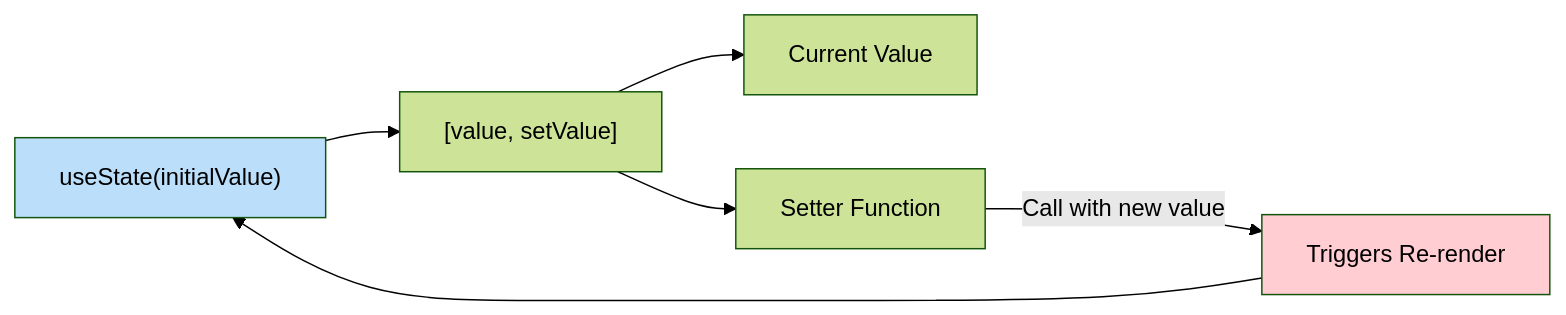
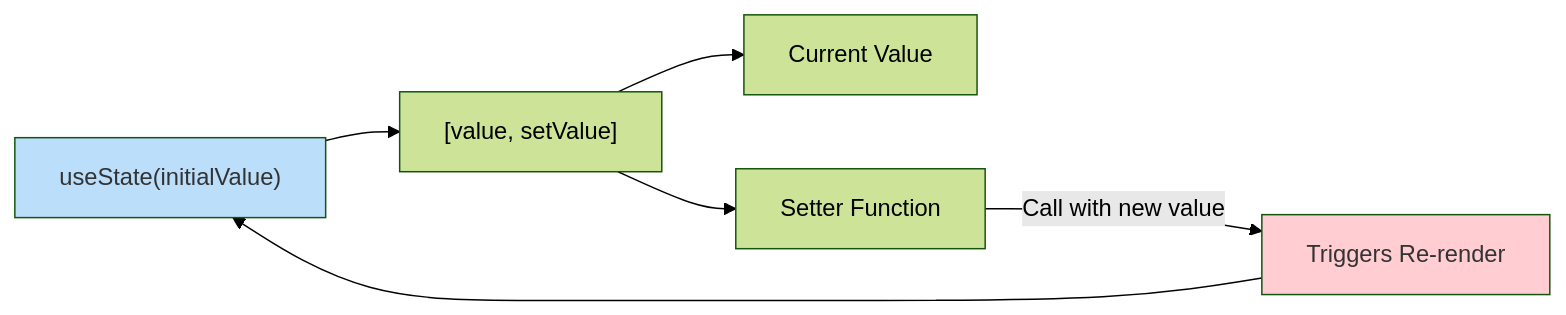
One commit to pentoshi007/cohort-mine changed the eighth of 13 diagrams in 09-week-9/9.3-react-9.4-basics/README.md. Above: the diagram before and after it, drawn with Mermaid (forest theme). The commit also changed other lines of this file, not shown here.

Commit message:
fix: Improve Mermaid diagram visibility with dark text colors and update date

````diff
--- a/09-week-9/9.3-react-9.4-basics/README.md
+++ b/09-week-9/9.3-react-9.4-basics/README.md
@@ -350,11 +350,11 @@
 ```mermaid
 flowchart LR
     A["useState(initialValue)"] --> B["[value, setValue]"]
     B --> C["Current Value"]
     B --> D["Setter Function"]
     D -->|"Call with new value"| E["Triggers Re-render"]
     E --> A
     
-    style A fill:#bbdefb
-    style E fill:#ffcdd2
+    style A fill:#bbdefb,color:#333
+    style E fill:#ffcdd2,color:#333
 ```
````
